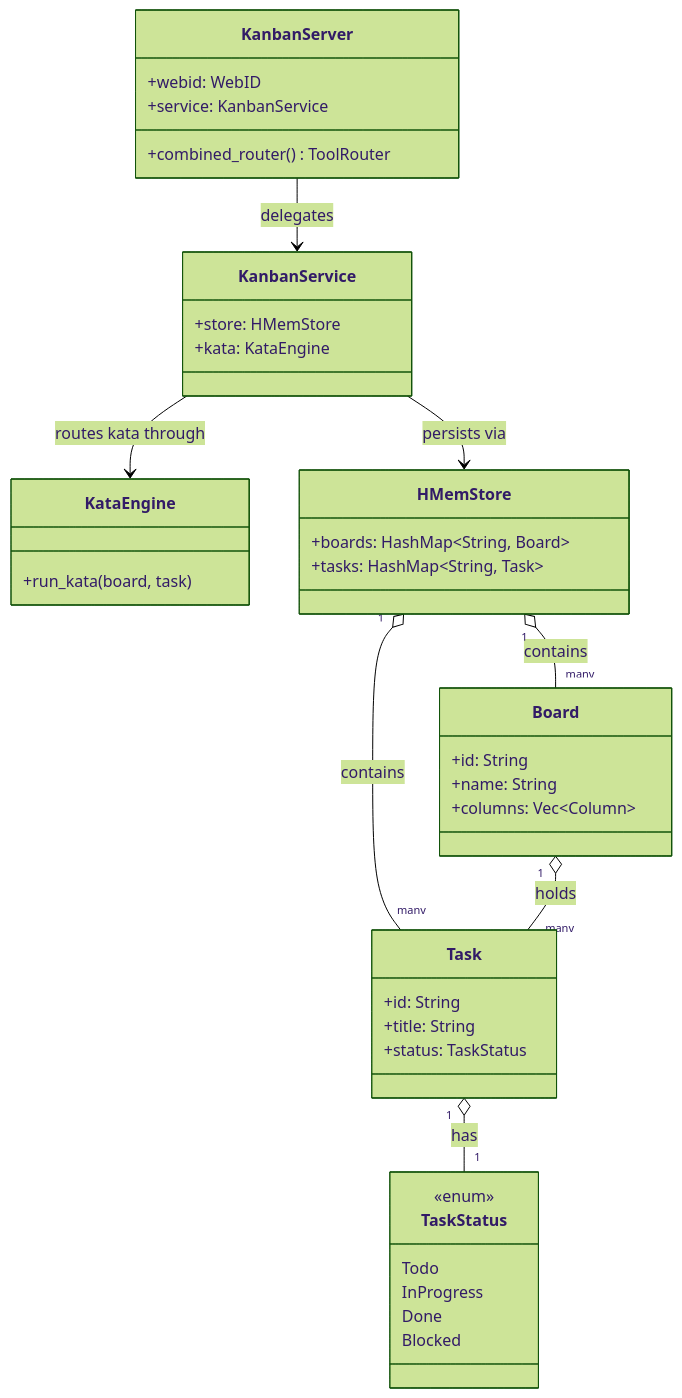
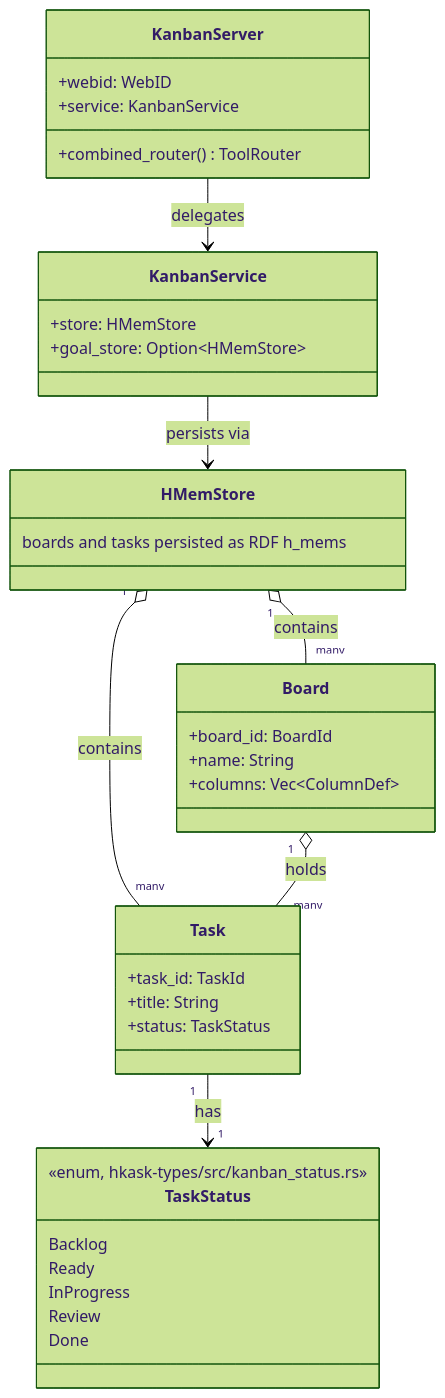
The diagram in kask/docs/reference/mcp-servers/README.md (mdz-axo/zed-kask), drawn with Mermaid (forest theme) before and after one commit. The commit also changed other lines of this file and 22 other files, not shown here.

````diff
--- a/kask/docs/reference/mcp-servers/README.md
+++ b/kask/docs/reference/mcp-servers/README.md
@@ -282,45 +282,41 @@
 ```mermaid
 classDiagram
     direction TD
     class KanbanServer {
         +webid: WebID
         +service: KanbanService
         +combined_router() ToolRouter
     }
     class KanbanService {
         +store: HMemStore
-        +kata: KataEngine
-    }
-    class KataEngine {
-        +run_kata(board, task)
+        +goal_store: Option~HMemStore~
     }
     class HMemStore {
-        +boards: HashMap~String, Board~
-        +tasks: HashMap~String, Task~
+        boards and tasks persisted as RDF h_mems
     }
     class Board {
-        +id: String
+        +board_id: BoardId
         +name: String
-        +columns: Vec~Column~
+        +columns: Vec~ColumnDef~
     }
     class Task {
-        +id: String
+        +task_id: TaskId
         +title: String
         +status: TaskStatus
     }
     class TaskStatus {
-        <<enum>>
-        Todo
+        <<enum, hkask-types/src/kanban_status.rs>>
+        Backlog
+        Ready
         InProgress
+        Review
         Done
-        Blocked
     }
 
     KanbanServer --> KanbanService : delegates
     KanbanService --> HMemStore : persists via
-    KanbanService --> KataEngine : routes kata through
     HMemStore "1" o-- "many" Board : contains
     HMemStore "1" o-- "many" Task : contains
     Board "1" o-- "many" Task : holds
-    Task "1" o-- "1" TaskStatus : has
+    Task "1" --> "1" TaskStatus : has
 ```
````
